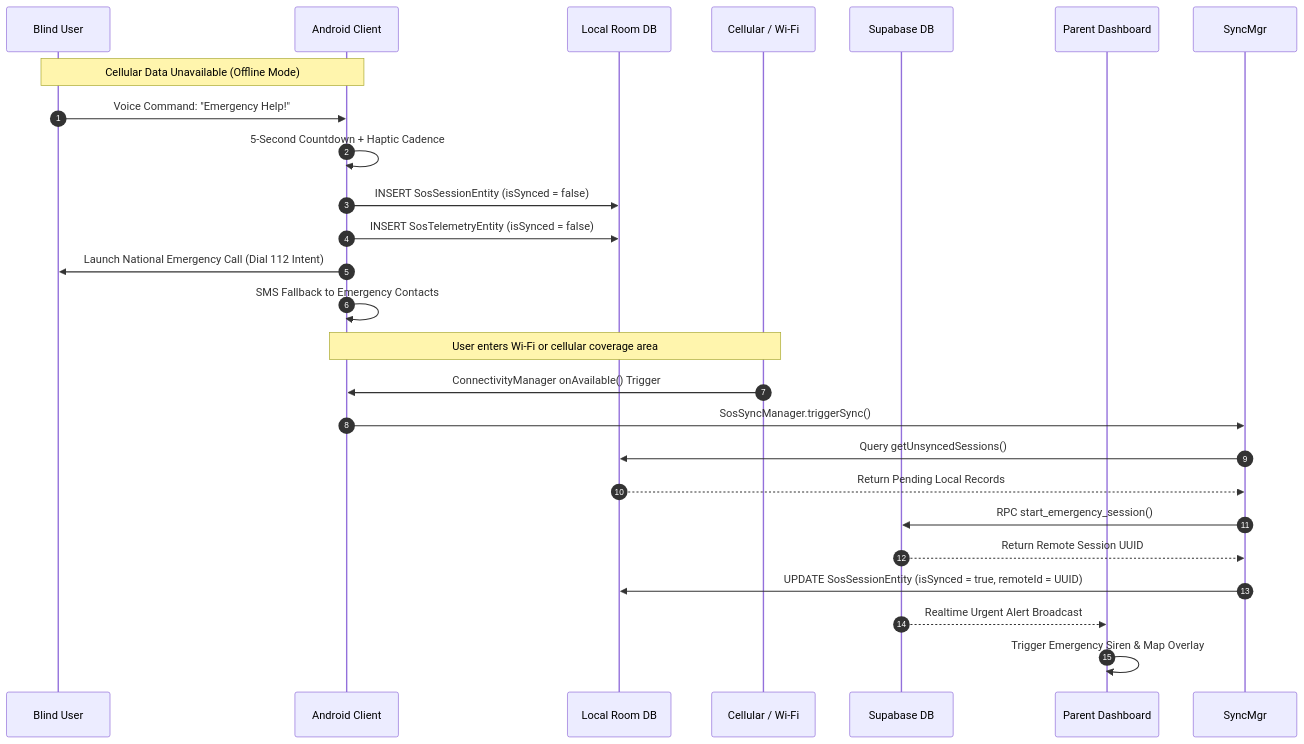
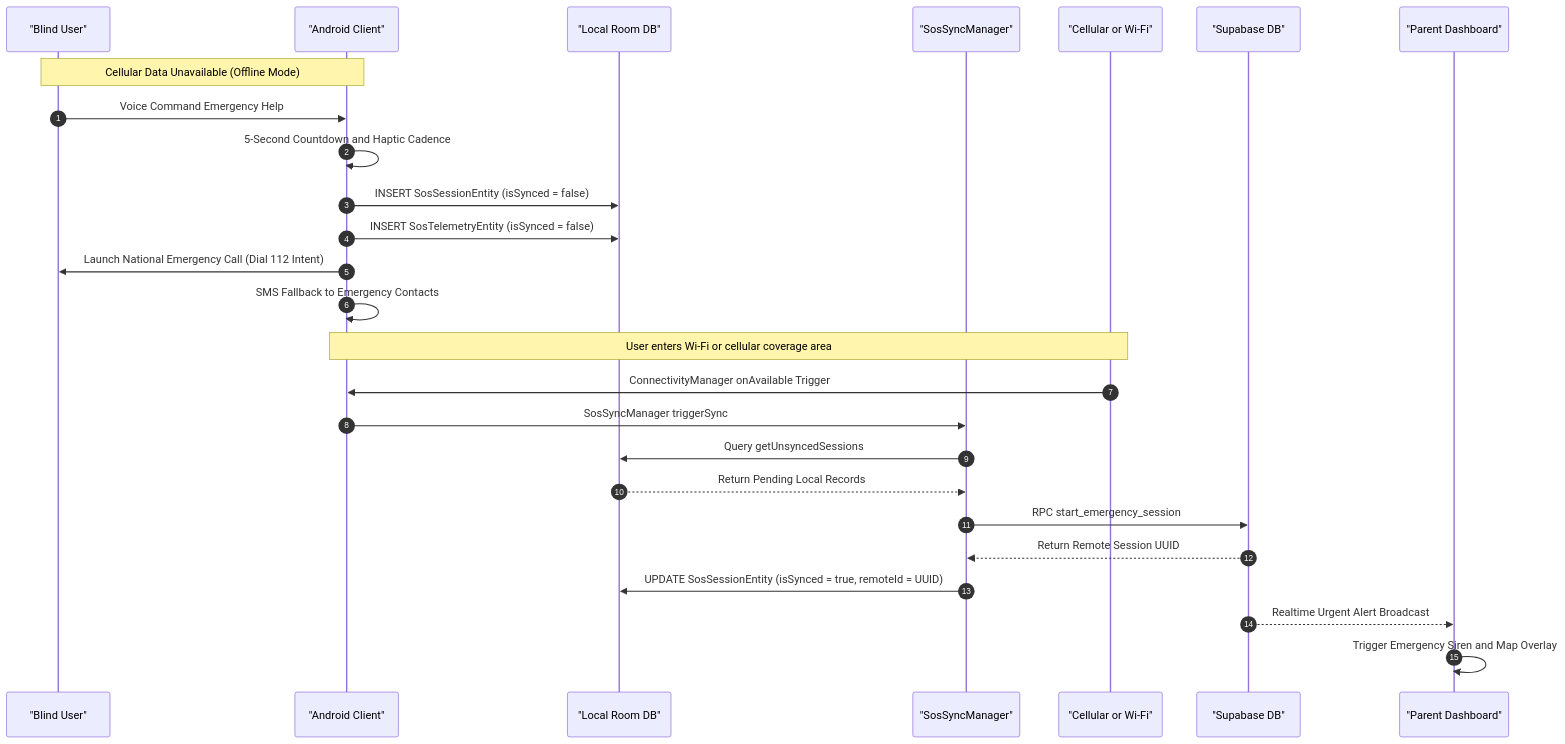
Before and after one commit to chetanngavali/DrishtiAi: the third of 3 diagrams in docs/system-architecture.md, drawn with Mermaid. The commit also changed other lines of this file and 17 other files, not shown here.

Commit message:
docs: sanitize all Mermaid diagram syntax for GitHub markdown renderer

````diff
--- a/docs/system-architecture.md
+++ b/docs/system-architecture.md
@@ -121,29 +121,30 @@
 ```mermaid
 sequenceDiagram
     autonumber
-    participant User as Blind User
-    participant App as Android Client
-    participant Room as Local Room DB
-    participant Net as Cellular / Wi-Fi
-    participant Supa as Supabase DB
-    participant Parent as Parent Dashboard
+    participant User as "Blind User"
+    participant App as "Android Client"
+    participant Room as "Local Room DB"
+    participant SyncMgr as "SosSyncManager"
+    participant Net as "Cellular or Wi-Fi"
+    participant Supa as "Supabase DB"
+    participant Parent as "Parent Dashboard"
 
     Note over User,App: Cellular Data Unavailable (Offline Mode)
-    User->>App: Voice Command: "Emergency Help!"
-    App->>App: 5-Second Countdown + Haptic Cadence
+    User->>App: Voice Command Emergency Help
+    App->>App: 5-Second Countdown and Haptic Cadence
     App->>Room: INSERT SosSessionEntity (isSynced = false)
     App->>Room: INSERT SosTelemetryEntity (isSynced = false)
     App->>User: Launch National Emergency Call (Dial 112 Intent)
     App->>App: SMS Fallback to Emergency Contacts
     
     Note over App,Net: User enters Wi-Fi or cellular coverage area
-    Net->>App: ConnectivityManager onAvailable() Trigger
-    App->>SyncMgr: SosSyncManager.triggerSync()
-    SyncMgr->>Room: Query getUnsyncedSessions()
+    Net->>App: ConnectivityManager onAvailable Trigger
+    App->>SyncMgr: SosSyncManager triggerSync
+    SyncMgr->>Room: Query getUnsyncedSessions
     Room-->>SyncMgr: Return Pending Local Records
-    SyncMgr->>Supa: RPC start_emergency_session()
+    SyncMgr->>Supa: RPC start_emergency_session
     Supa-->>SyncMgr: Return Remote Session UUID
     SyncMgr->>Room: UPDATE SosSessionEntity (isSynced = true, remoteId = UUID)
     Supa-->>Parent: Realtime Urgent Alert Broadcast
-    Parent->>Parent: Trigger Emergency Siren & Map Overlay
+    Parent->>Parent: Trigger Emergency Siren and Map Overlay
 ```
````
